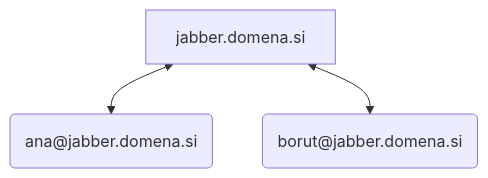
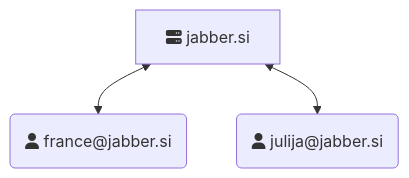
Before and after one commit to nikolabr/kp-seminar: the first of 2 diagrams in report/seminar.org, drawn with Mermaid. The commit also changed other lines of this file and 4 other files, not shown here.

```diff
--- a/report/seminar.org
+++ b/report/seminar.org
@@ -36,7 +53,7 @@
 #+begin_src mermaid :file images/local-server.png
 graph TD
- D[jabber.domena.si]
+ D[fa:fa-server jabber.si]
 
- D <--> A("ana#64;jabber.domena.si")
- D <--> B("borut#64;jabber.domena.si")
+ D <--> A("fa:fa-user france#64;jabber.si")
+ D <--> B("fa:fa-user julija#64;jabber.si")
 #+end_src
```
